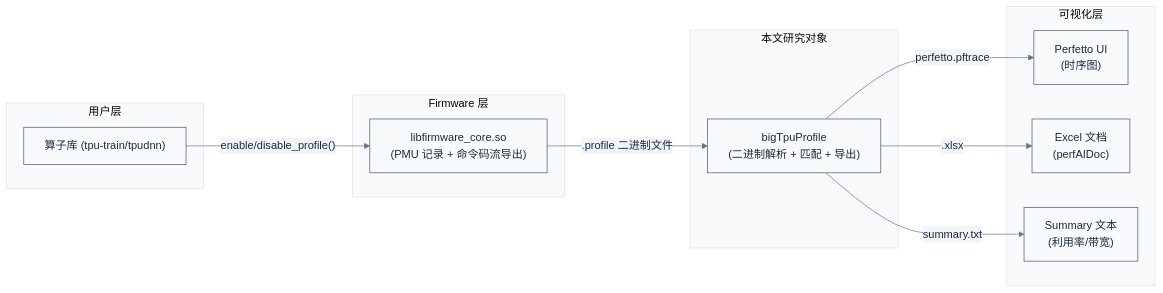
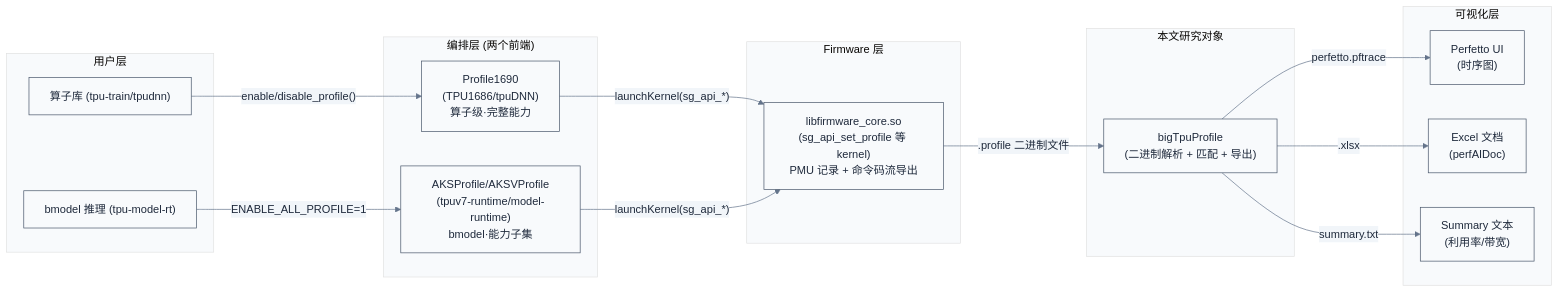
The first of 4 diagrams in profile/bigTpuProfile-design.md (swjtuer326/cs-learning-notes), drawn with Mermaid before and after one commit. The commit also changed other lines of this file and 281 other files, not shown here.

````diff
--- a/profile/bigTpuProfile-design.md
+++ b/profile/bigTpuProfile-design.md
@@ -44,23 +13,31 @@
 ```mermaid
 %%{init: {"theme": "base", "themeVariables": {"primaryColor": "#f8fafc", "primaryTextColor": "#1e293b", "primaryBorderColor": "#475569", "lineColor": "#64748b", "secondaryColor": "#f1f5f9", "secondaryBorderColor": "#94a3b8", "tertiaryColor": "#f8fafc", "fontFamily": "\"trebuchet ms\", verdana, arial, sans-serif"}}}%%
 flowchart LR
     subgraph "用户层"
         Lib["算子库 (tpu-train/tpudnn)"]
+        Bm["bmodel 推理 (tpu-model-rt)"]
+    end
+    subgraph "编排层 (两个前端)"
+        P1690["Profile1690\n(TPU1686/tpuDNN)\n算子级·完整能力"]
+        AKSP["AKSProfile/AKSVProfile\n(tpuv7-runtime/model-runtime)\nbmodel·能力子集"]
     end
     subgraph "Firmware 层"
-        FW["libfirmware_core.so\n(PMU 记录 + 命令码流导出)"]
+        FW["libfirmware_core.so\n(sg_api_set_profile 等 kernel)\nPMU 记录 + 命令码流导出"]
     end
     subgraph "本文研究对象"
         Parser["bigTpuProfile\n(二进制解析 + 匹配 + 导出)"]
     end
     subgraph "可视化层"
         Perfetto["Perfetto UI\n(时序图)"]
         Excel["Excel 文档\n(perfAIDoc)"]
         Summary["Summary 文本\n(利用率/带宽)"]
     end
-    Lib -->|"enable/disable_profile()"| FW
+    Lib -->|"enable/disable_profile()"| P1690
+    Bm -->|"ENABLE_ALL_PROFILE=1"| AKSP
+    P1690 -->|"launchKernel(sg_api_*)"| FW
+    AKSP -->|"launchKernel(sg_api_*)"| FW
     FW -->|".profile 二进制文件"| Parser
     Parser -->|"perfetto.pftrace"| Perfetto
     Parser -->|".xlsx"| Excel
     Parser -->|"summary.txt"| Summary
 ```
````
